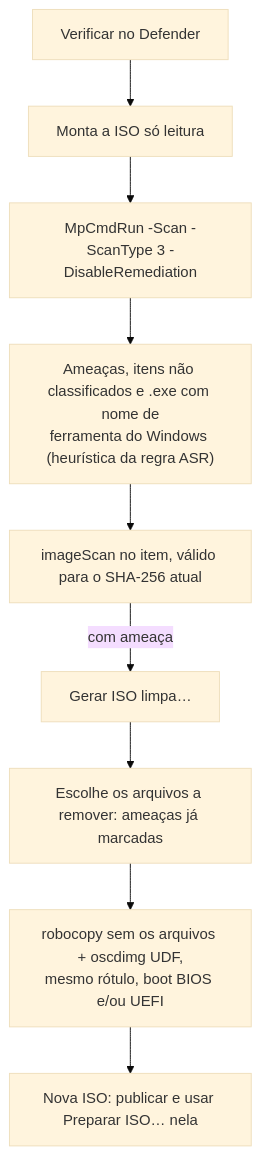
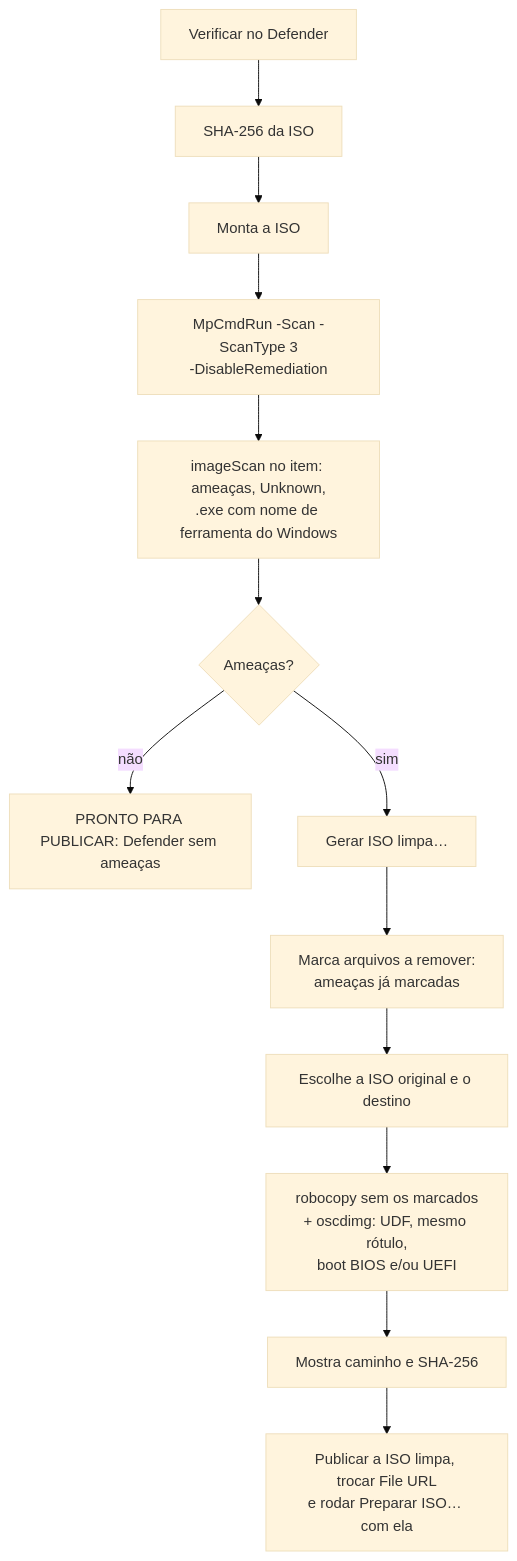
One commit to MarceloSobral-Quallit/Q-DISK changed the seventh of 11 diagrams in docs/FLUXOS_GUI_ADM.md. Above: the diagram before and after it, drawn with Mermaid (base theme). The commit also changed other lines of this file and 1 other file, not shown here.

````diff
--- a/docs/FLUXOS_GUI_ADM.md
+++ b/docs/FLUXOS_GUI_ADM.md
@@ -77,11 +160,15 @@
 ```mermaid
 flowchart TD
-    A[Verificar no Defender] --> B[Monta a ISO só leitura]
-    B --> C[MpCmdRun -Scan -ScanType 3 -DisableRemediation]
-    C --> D["Ameaças, itens não classificados e .exe com nome de<br/>ferramenta do Windows (heurística da regra ASR)"]
-    D --> E[imageScan no item, válido para o SHA-256 atual]
-    E -- com ameaça --> F[Gerar ISO limpa…]
-    F --> G[Escolhe os arquivos a remover: ameaças já marcadas]
-    G --> H[robocopy sem os arquivos + oscdimg UDF,<br/>mesmo rótulo, boot BIOS e/ou UEFI]
-    H --> I[Nova ISO: publicar e usar Preparar ISO… nela]
+    A[Verificar no Defender] --> B[SHA-256 da ISO]
+    B --> C[Monta a ISO]
+    C --> D["MpCmdRun -Scan -ScanType 3<br/>-DisableRemediation"]
+    D --> E["imageScan no item: ameaças, Unknown,<br/>.exe com nome de ferramenta do Windows"]
+    E --> F{Ameaças?}
+    F -- não --> G[PRONTO PARA PUBLICAR: Defender sem ameaças]
+    F -- sim --> H["Gerar ISO limpa…"]
+    H --> I[Marca arquivos a remover:<br/>ameaças já marcadas]
+    I --> J[Escolhe a ISO original e o destino]
+    J --> K["robocopy sem os marcados<br/>+ oscdimg: UDF, mesmo rótulo,<br/>boot BIOS e/ou UEFI"]
+    K --> L[Mostra caminho e SHA-256]
+    L --> M["Publicar a ISO limpa, trocar File URL<br/>e rodar Preparar ISO… com ela"]
 ```
````
